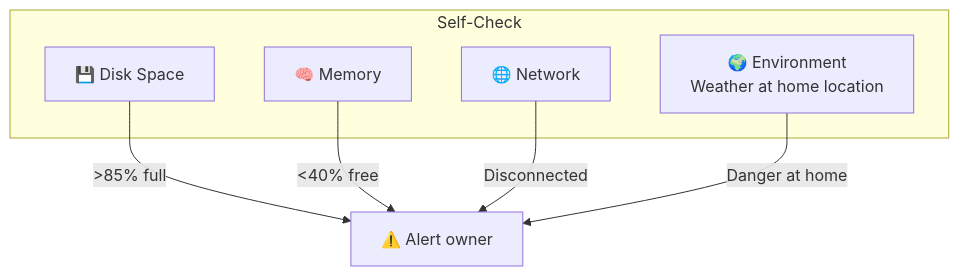
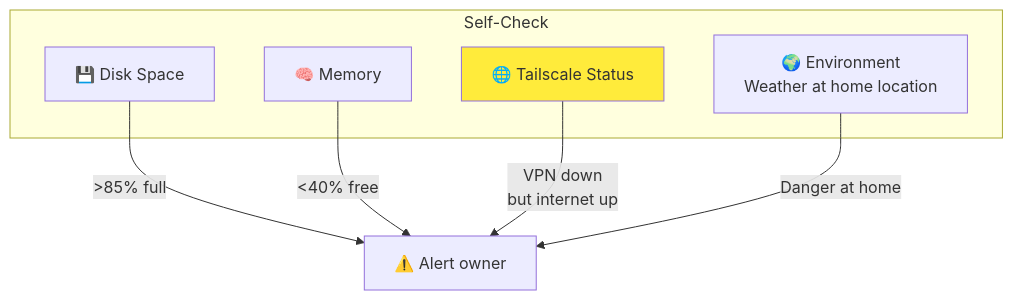
One commit to sidalto1-dev/location-safety-skill changed the fifth of 5 diagrams in README.md. Above: the diagram before and after it, drawn with Mermaid. The commit also changed other lines of this file, not shown here.

Commit message:
Fix self-preservation diagram - can't alert if fully offline 😅

````diff
--- a/README.md
+++ b/README.md
@@ -112,14 +112,16 @@
 ```mermaid
 graph TB
     subgraph "Self-Check"
         DISK[💾 Disk Space]
         MEM[🧠 Memory]
-        NET[🌐 Network]
+        NET[🌐 Tailscale Status]
         ENV[🌍 Environment<br/>Weather at home location]
     end
     
     DISK -->|>85% full| WARN[⚠️ Alert owner]
     MEM -->|<40% free| WARN
-    NET -->|Disconnected| WARN
+    NET -->|VPN down<br/>but internet up| WARN
     ENV -->|Danger at home| WARN
+    
+    style NET fill:#ffeb3b
 ```
````
